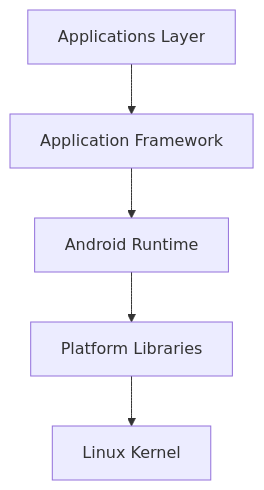
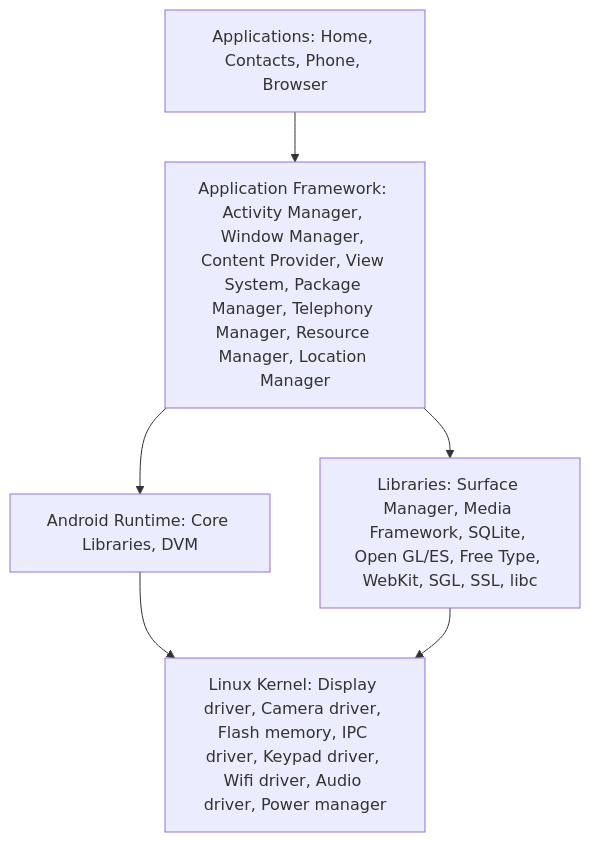
One commit to ankur3-101106/portfolio changed the diagram in docs/Sem-5/MAS/u1.mdx. Above: the diagram before and after it, drawn with Mermaid. The commit also changed other lines of this file and 2 other files, not shown here.

````diff
--- a/docs/Sem-5/MAS/u1.mdx
+++ b/docs/Sem-5/MAS/u1.mdx
@@ -289,13 +43,13 @@
 ```mermaid
 flowchart TD
-    A[Applications Layer]
-    B[Application Framework]
-    C[Android Runtime]
-    D[Platform Libraries]
-    E[Linux Kernel]
-
+    A[Applications: Home, Contacts, Phone, Browser]
+    B[Application Framework: Activity Manager, Window Manager, Content Provider, View System, Package Manager, Telephony Manager, Resource Manager, Location Manager]
+    C[Android Runtime: Core Libraries, DVM]
+    D[Libraries: Surface Manager, Media Framework, SQLite, Open GL/ES, Free Type, WebKit, SGL, SSL, libc]
+    E[Linux Kernel: Display driver, Camera driver, Flash memory, IPC driver, Keypad driver, Wifi driver, Audio driver, Power manager]
     A --> B
     B --> C
-    C --> D
+    B --> D
+    C --> E
     D --> E
 ```
````
